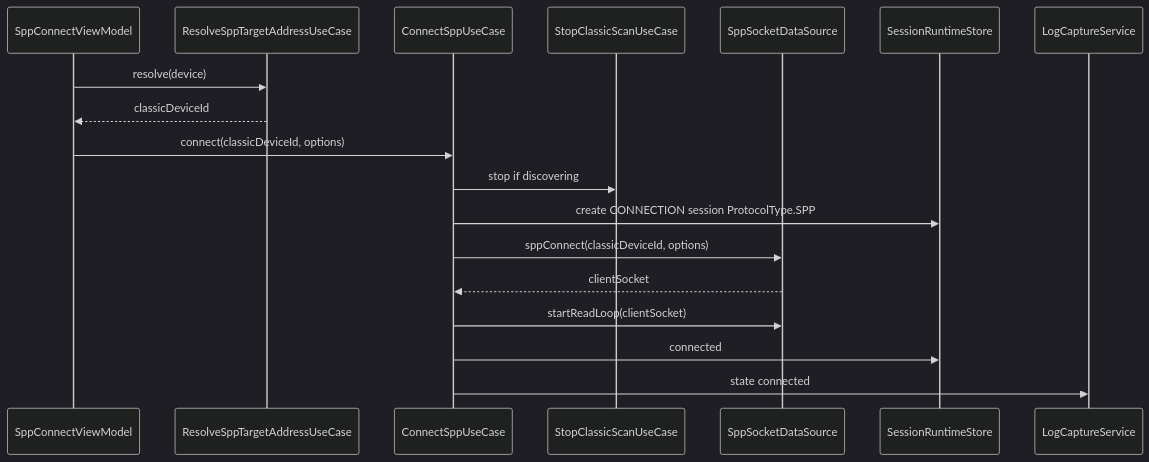
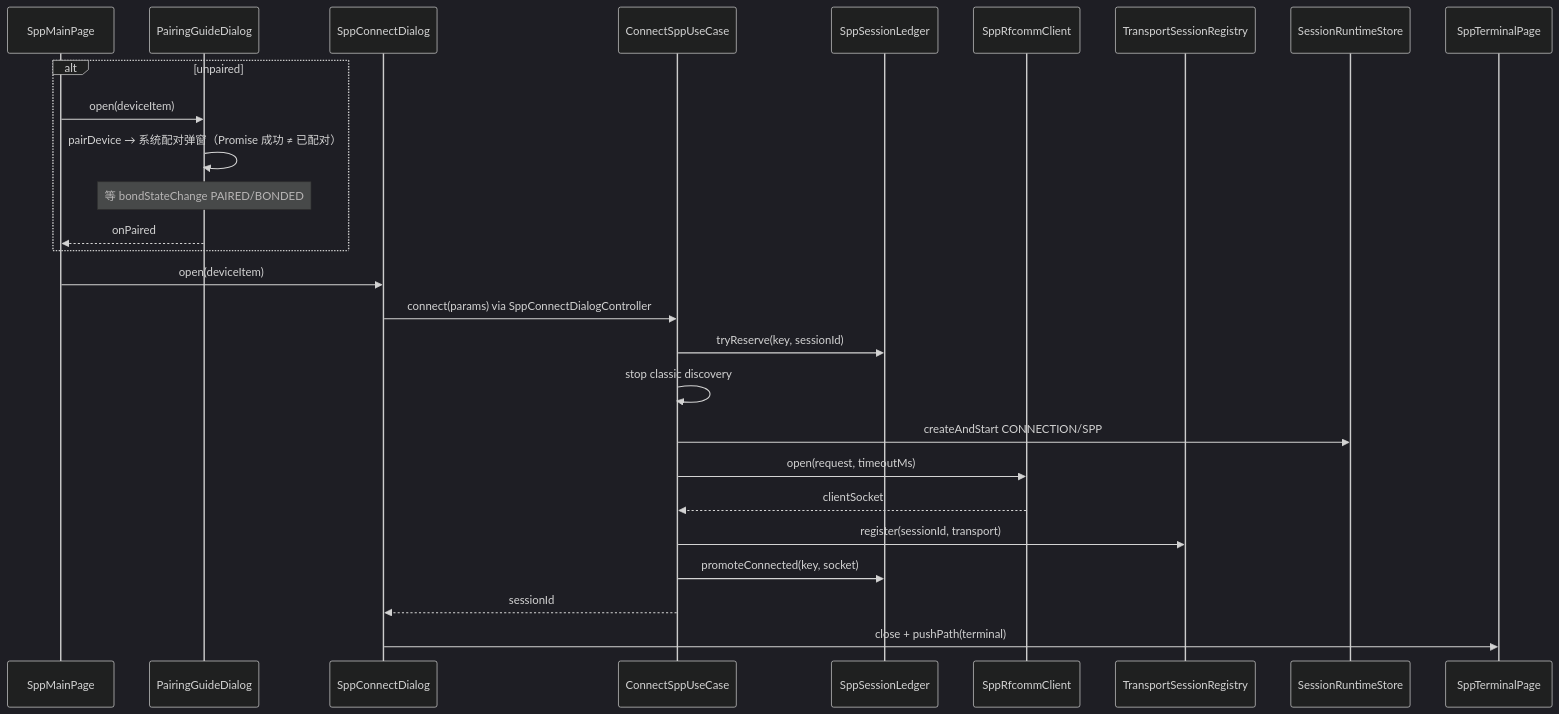
One commit to yohurm/HarmonyOS-YoWireTools changed the first of 2 diagrams in .projectark/5-架构设计/无线调试工具/bluetooth/02-SPP终端连接收发与日志设计.md. Above: the diagram before and after it, drawn with Mermaid (dark theme). The commit also changed other lines of this file and 5 other files, not shown here.

First line of the commit message:
docs : 定稿 SPP 多会话架构与 Dialog/MVVM 规范

````diff
--- a/.projectark/5-架构设计/无线调试工具/bluetooth/02-SPP终端连接收发与日志设计.md
+++ b/.projectark/5-架构设计/无线调试工具/bluetooth/02-SPP终端连接收发与日志设计.md
@@ -95,21 +140,30 @@
 ```mermaid
 sequenceDiagram
-  participant VM as SppConnectViewModel
-  participant Resolve as ResolveSppTargetAddressUseCase
+  participant Main as SppMainPage
+  participant Pair as PairingGuideDialog
+  participant Dlg as SppConnectDialog
   participant UC as ConnectSppUseCase
-  participant Scan as StopClassicScanUseCase
-  participant DS as SppSocketDataSource
+  participant Ledger as SppSessionLedger
+  participant Client as SppRfcommClient
+  participant TSR as TransportSessionRegistry
   participant RT as SessionRuntimeStore
-  participant LOG as LogCaptureService
+  participant Term as SppTerminalPage
 
-  VM->>Resolve: resolve(device)
-  Resolve-->>VM: classicDeviceId
-  VM->>UC: connect(classicDeviceId, options)
-  UC->>Scan: stop if discovering
-  UC->>RT: create CONNECTION session ProtocolType.SPP
-  UC->>DS: sppConnect(classicDeviceId, options)
-  DS-->>UC: clientSocket
-  UC->>DS: startReadLoop(clientSocket)
-  UC->>RT: connected
-  UC->>LOG: state connected
+  alt unpaired
+    Main->>Pair: open(deviceItem)
+    Pair->>Pair: pairDevice → 系统配对弹窗（Promise 成功 ≠ 已配对）
+    Note over Pair: 等 bondStateChange PAIRED/BONDED
+    Pair-->>Main: onPaired
+  end
+  Main->>Dlg: open(deviceItem)
+  Dlg->>UC: connect(params) via SppConnectDialogController
+  UC->>Ledger: tryReserve(key, sessionId)
+  UC->>UC: stop classic discovery
+  UC->>RT: createAndStart CONNECTION/SPP
+  UC->>Client: open(request, timeoutMs)
+  Client-->>UC: clientSocket
+  UC->>TSR: register(sessionId, transport)
+  UC->>Ledger: promoteConnected(key, socket)
+  UC-->>Dlg: sessionId
+  Dlg->>Term: close + pushPath(terminal)
 ```
````
